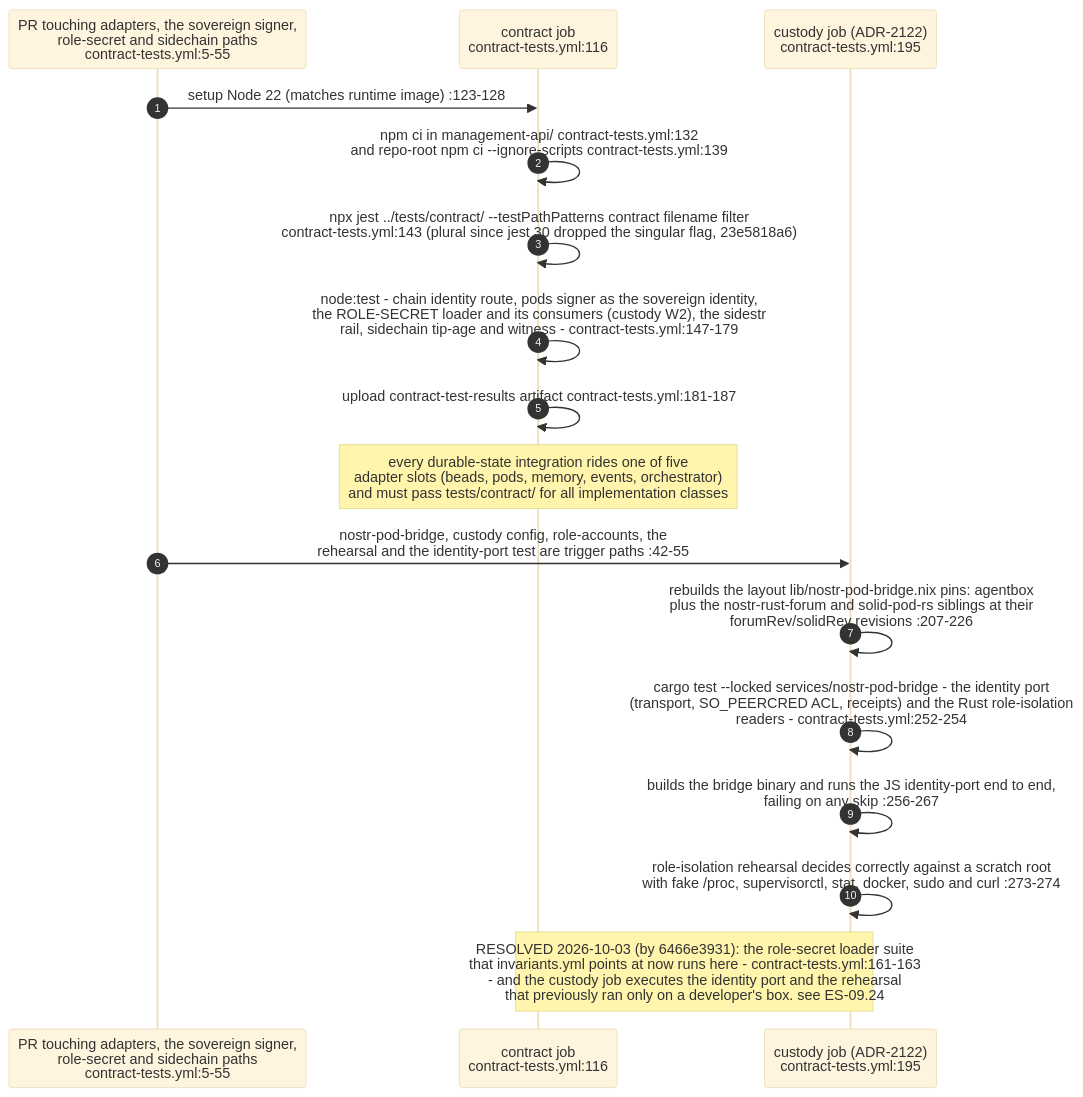
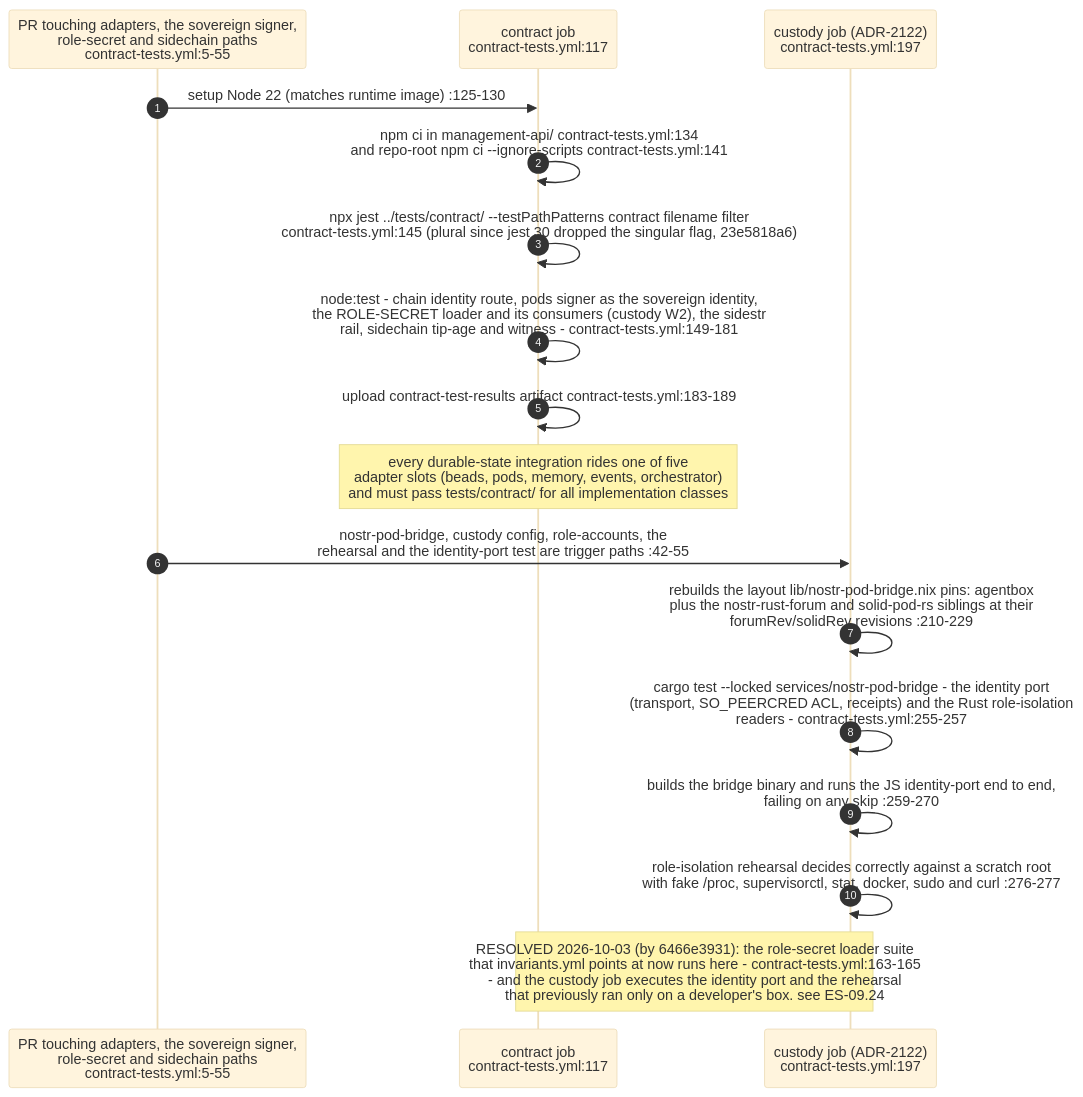
One commit to DreamLab-AI/VisionFlow changed diagram 16 of 24 in docs/diagrams/estate/09-build-deploy-and-ci-estate.md. Above: the diagram before and after it, drawn with Mermaid (base theme). The commit also changed other lines of this file and 49 other files, not shown here.

First line of the commit message:
docs(diagrams): re-derive and re-stamp VisionClaw, estate, knowledge-graph, visionGraph, VisionFlow and sidestr topics

````diff
--- a/docs/diagrams/estate/09-build-deploy-and-ci-estate.md
+++ b/docs/diagrams/estate/09-build-deploy-and-ci-estate.md
@@ -639,20 +639,20 @@
 ```mermaid
 sequenceDiagram
     autonumber
     participant GH as PR touching adapters, the sovereign signer,<br/>role-secret and sidechain paths<br/>contract-tests.yml:5-55
-    participant C as contract job<br/>contract-tests.yml:116
-    participant CU as custody job (ADR-2122)<br/>contract-tests.yml:195
+    participant C as contract job<br/>contract-tests.yml:117
+    participant CU as custody job (ADR-2122)<br/>contract-tests.yml:197
 
-    GH->>C: setup Node 22 (matches runtime image) :123-128
-    C->>C: npm ci in management-api/ contract-tests.yml:132<br/>and repo-root npm ci --ignore-scripts contract-tests.yml:139
-    C->>C: npx jest ../tests/contract/ --testPathPatterns contract filename filter<br/>contract-tests.yml:143 (plural since jest 30 dropped the singular flag, 23e5818a6)
-    C->>C: node:test - chain identity route, pods signer as the sovereign identity,<br/>the ROLE-SECRET loader and its consumers (custody W2), the sidestr<br/>rail, sidechain tip-age and witness - contract-tests.yml:147-179
-    C->>C: upload contract-test-results artifact contract-tests.yml:181-187
+    GH->>C: setup Node 22 (matches runtime image) :125-130
+    C->>C: npm ci in management-api/ contract-tests.yml:134<br/>and repo-root npm ci --ignore-scripts contract-tests.yml:141
+    C->>C: npx jest ../tests/contract/ --testPathPatterns contract filename filter<br/>contract-tests.yml:145 (plural since jest 30 dropped the singular flag, 23e5818a6)
+    C->>C: node:test - chain identity route, pods signer as the sovereign identity,<br/>the ROLE-SECRET loader and its consumers (custody W2), the sidestr<br/>rail, sidechain tip-age and witness - contract-tests.yml:149-181
+    C->>C: upload contract-test-results artifact contract-tests.yml:183-189
     Note over C: every durable-state integration rides one of five<br/>adapter slots (beads, pods, memory, events, orchestrator)<br/>and must pass tests/contract/ for all implementation classes
     GH->>CU: nostr-pod-bridge, custody config, role-accounts, the<br/>rehearsal and the identity-port test are trigger paths :42-55
-    CU->>CU: rebuilds the layout lib/nostr-pod-bridge.nix pins: agentbox<br/>plus the nostr-rust-forum and solid-pod-rs siblings at their<br/>forumRev/solidRev revisions :207-226
-    CU->>CU: cargo test --locked services/nostr-pod-bridge - the identity port<br/>(transport, SO_PEERCRED ACL, receipts) and the Rust role-isolation<br/>readers - contract-tests.yml:252-254
-    CU->>CU: builds the bridge binary and runs the JS identity-port end to end,<br/>failing on any skip :256-267
-    CU->>CU: role-isolation rehearsal decides correctly against a scratch root<br/>with fake /proc, supervisorctl, stat, docker, sudo and curl :273-274
-    Note over C,CU: RESOLVED 2026-10-03 (by 6466e3931): the role-secret loader suite<br/>that invariants.yml points at now runs here - contract-tests.yml:161-163<br/>- and the custody job executes the identity port and the rehearsal<br/>that previously ran only on a developer's box. see ES-09.24
+    CU->>CU: rebuilds the layout lib/nostr-pod-bridge.nix pins: agentbox<br/>plus the nostr-rust-forum and solid-pod-rs siblings at their<br/>forumRev/solidRev revisions :210-229
+    CU->>CU: cargo test --locked services/nostr-pod-bridge - the identity port<br/>(transport, SO_PEERCRED ACL, receipts) and the Rust role-isolation<br/>readers - contract-tests.yml:255-257
+    CU->>CU: builds the bridge binary and runs the JS identity-port end to end,<br/>failing on any skip :259-270
+    CU->>CU: role-isolation rehearsal decides correctly against a scratch root<br/>with fake /proc, supervisorctl, stat, docker, sudo and curl :276-277
+    Note over C,CU: RESOLVED 2026-10-03 (by 6466e3931): the role-secret loader suite<br/>that invariants.yml points at now runs here - contract-tests.yml:163-165<br/>- and the custody job executes the identity port and the rehearsal<br/>that previously ran only on a developer's box. see ES-09.24
 ```
````
